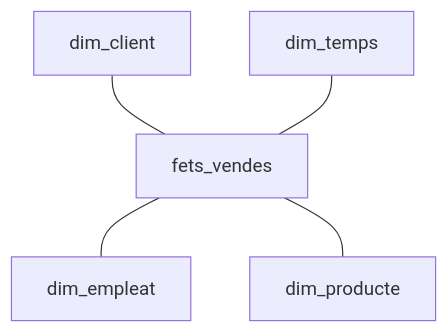
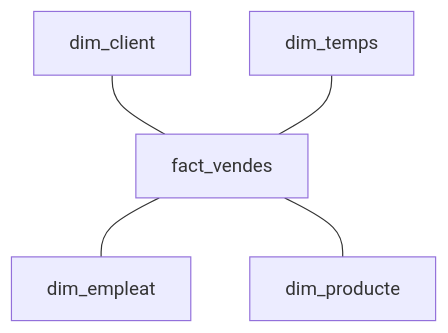
The first of 2 diagrams in pages/dwh_02/alumnado/ut03_model.md (amaliag0/amaliag0.github.io), drawn with Mermaid before and after one commit. The commit also changed other lines of this file and 22 other files, not shown here.

````diff
--- a/pages/dwh_02/alumnado/ut03_model.md
+++ b/pages/dwh_02/alumnado/ut03_model.md
@@ -122,10 +126,10 @@
 ```mermaid
 graph TD
     A["`dim_client`"]
-    A --- B["`fets_vendes`"]
+    A --- B["`fact_vendes`"]
     B --- C["`dim_empleat`"]
     D["`dim_temps`"]
     D --- B
     E["`dim_producte`"]
     B --- E
 ```
````
